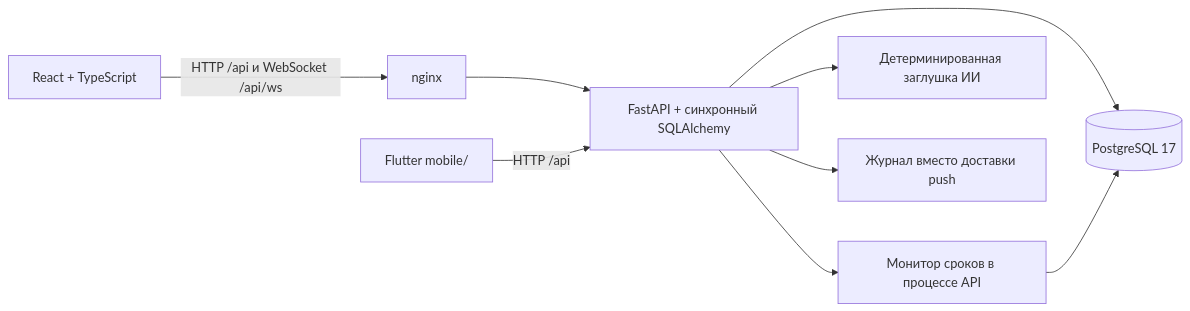
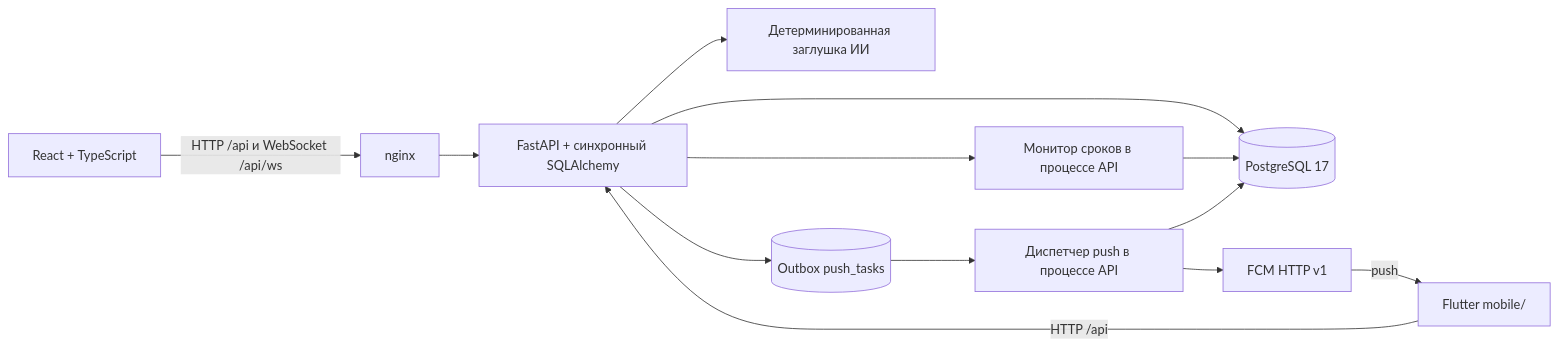
Before and after one commit to bshakaryan/km_case_hack: the first of 2 diagrams in docs/architecture.md, drawn with Mermaid. The commit also changed other lines of this file and 37 other files, not shown here.

First line of the commit message:
feat(push): add Android FCM delivery via transactional outbox (D18)

````diff
--- a/docs/architecture.md
+++ b/docs/architecture.md
@@ -9,11 +9,15 @@
 ```mermaid
 flowchart LR
   B[React + TypeScript] -->|HTTP /api и WebSocket /api/ws| N[nginx]
   N --> A[FastAPI + синхронный SQLAlchemy]
   F[Flutter mobile/] -->|HTTP /api| A
   A --> D[(PostgreSQL 17)]
   A --> M[Монитор сроков в процессе API]
   M --> D
   A --> S[Детерминированная заглушка ИИ]
-  A --> P[Журнал вместо доставки push]
+  A --> O[(Outbox push_tasks)]
+  O --> DISP[Диспетчер push в процессе API]
+  DISP --> D
+  DISP --> FCM[FCM HTTP v1]
+  FCM -->|push| F
 ```
````
